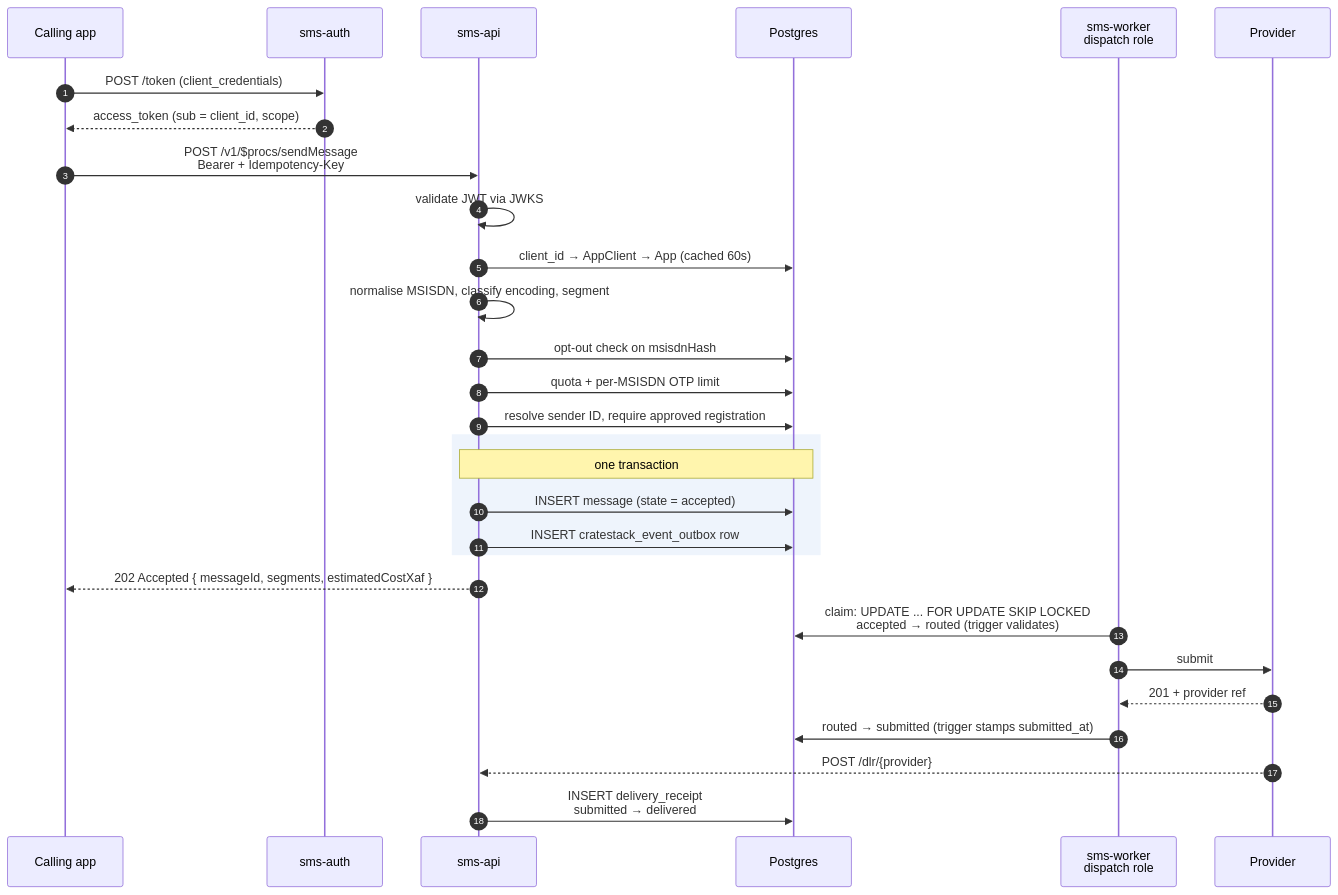
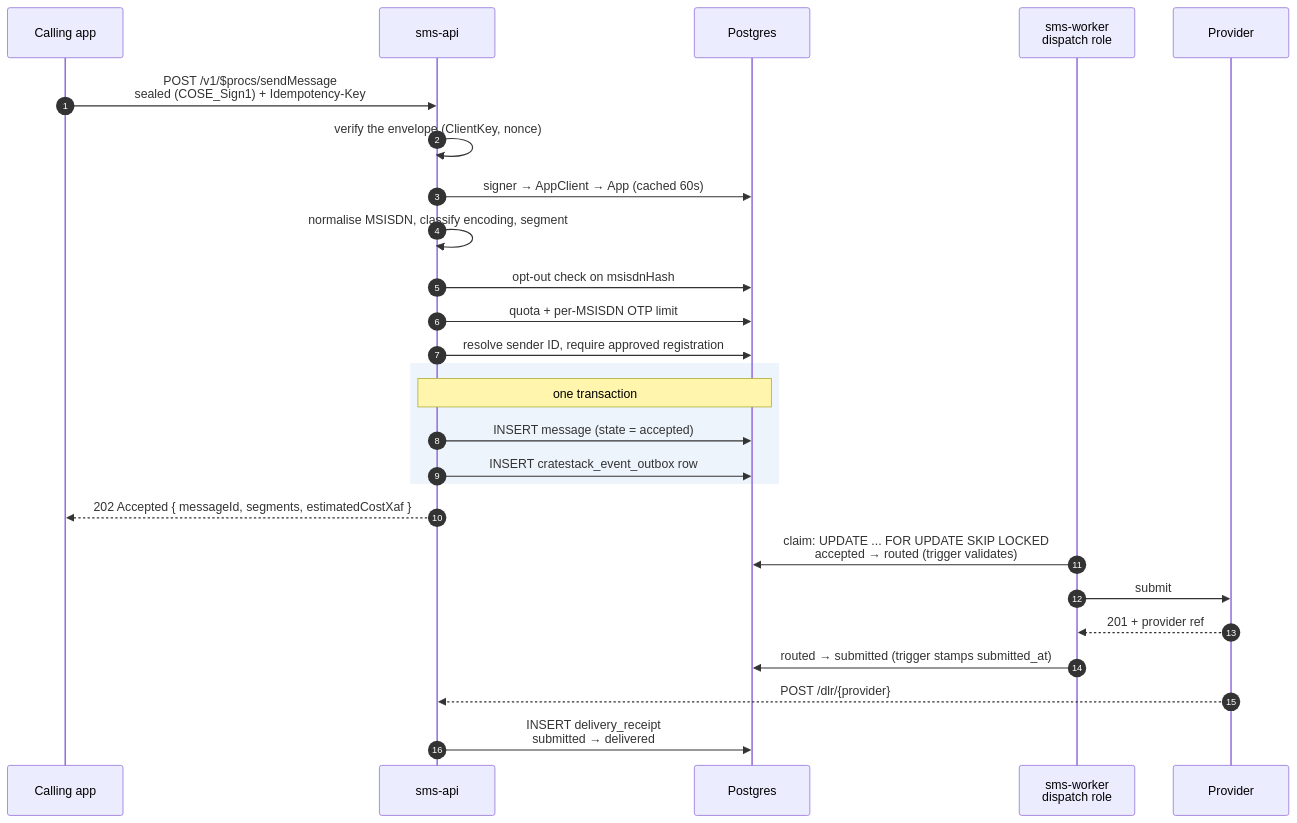
One commit to vaam-apps/vsms changed the second of 11 diagrams in docs/architecture.md. Above: the diagram before and after it, drawn with Mermaid. The commit also changed other lines of this file and 22 other files, not shown here.

````diff
--- a/docs/architecture.md
+++ b/docs/architecture.md
@@ -1649,36 +1588,32 @@
 ```mermaid
 sequenceDiagram
     autonumber
     participant C as Calling app
-    participant OP as sms-auth
     participant API as sms-api
     participant PG as Postgres
     participant W as sms-worker<br/>dispatch role
     participant P as Provider
 
-    C->>OP: POST /token (client_credentials)
-    OP-->>C: access_token (sub = client_id, scope)
-
-    C->>API: POST /v1/$procs/sendMessage<br/>Bearer + Idempotency-Key
-    API->>API: validate JWT via JWKS
-    API->>PG: client_id → AppClient → App (cached 60s)
+    C->>API: POST /v1/$procs/sendMessage<br/>sealed (COSE_Sign1) + Idempotency-Key
+    API->>API: verify the envelope (ClientKey, nonce)
+    API->>PG: signer → AppClient → App (cached 60s)
     API->>API: normalise MSISDN, classify encoding, segment
     API->>PG: opt-out check on msisdnHash
     API->>PG: quota + per-MSISDN OTP limit
     API->>PG: resolve sender ID, require approved registration
 
     rect rgb(238, 244, 252)
         note over API,PG: one transaction
         API->>PG: INSERT message (state = accepted)
         API->>PG: INSERT cratestack_event_outbox row
     end
     API-->>C: 202 Accepted { messageId, segments, estimatedCostXaf }
 
     W->>PG: claim: UPDATE ... FOR UPDATE SKIP LOCKED<br/>accepted → routed (trigger validates)
     W->>P: submit
     P-->>W: 201 + provider ref
     W->>PG: routed → submitted (trigger stamps submitted_at)
 
     P-->>API: POST /dlr/{provider}
     API->>PG: INSERT delivery_receipt<br/>submitted → delivered
 ```
````
